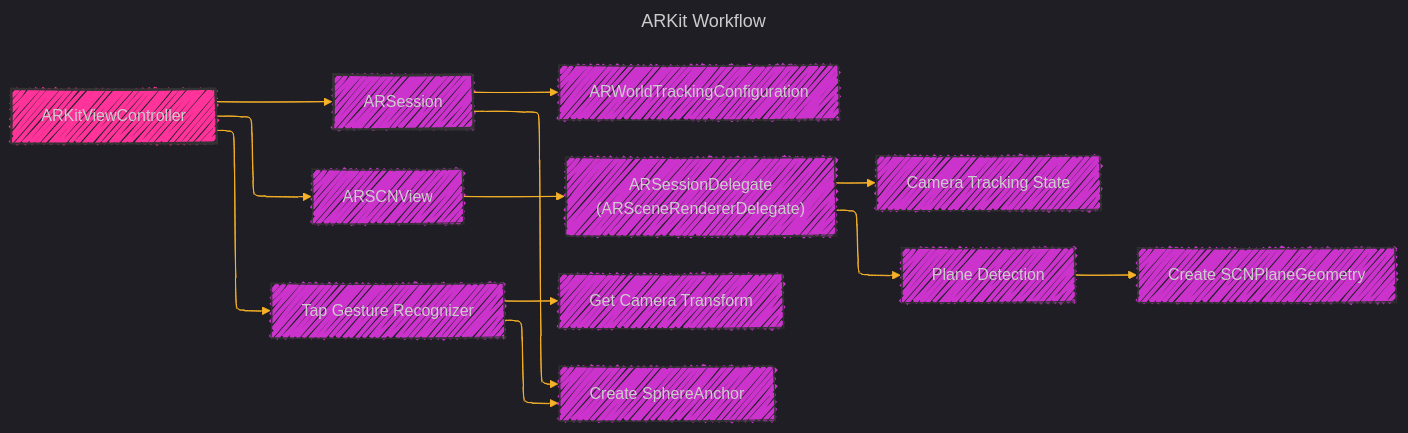
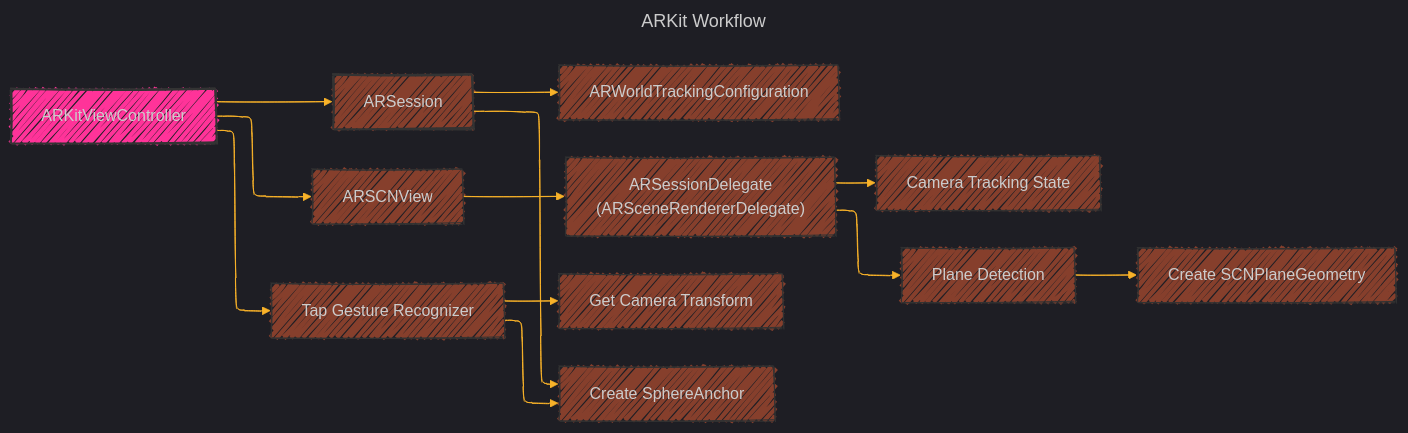
One commit to CongLeSolutionX/Metal-Primitives changed the fifth of 8 diagrams in Documentation_Consolidated_Version_Draft_2.md. Above: the diagram before and after it, drawn with Mermaid. The commit also changed other lines of this file, not shown here.

````diff
--- a/Documentation_Consolidated_Version_Draft_2.md
+++ b/Documentation_Consolidated_Version_Draft_2.md
@@ -350,59 +350,59 @@
 ```mermaid
 ---
 title: ARKit Workflow
 config:
   layout: elk
   look: handDrawn
   theme: dark
 ---
 %%{
   init: {
     'fontFamily': 'verdana',
     'themeVariables': {
       'primaryColor': '#BB2528',
       'primaryTextColor': '#f529',
       'primaryBorderColor': '#7C0000',
       'lineColor': '#F8B229',
       'secondaryColor': '#006100',
       'tertiaryColor': '#fff'
     }
   }
 }%%
 graph LR
     A["ARKitViewController"] --> B["ARSession"]
     B --> C["ARWorldTrackingConfiguration"]
     A --> D["ARSCNView"]
     D --> E["ARSessionDelegate<br>(ARSceneRendererDelegate)"]
     E --> F["Camera Tracking State"]
     E --> G["Plane Detection"]
     G --> H["Create SCNPlaneGeometry"]
     A --> I["Tap Gesture Recognizer"]
     I --> J["Get Camera Transform"]
     I --> K["Create SphereAnchor"]
     B --> K
 
     style A fill:#f39f,stroke:#333,stroke-width:2px
-    style B fill:#c3cf,stroke:#333,stroke-width:2px
-    style C fill:#c3cf,stroke:#333,stroke-width:1px
-    style D fill:#c3cf,stroke:#333,stroke-width:1px
-    style E fill:#c3cf,stroke:#333,stroke-width:1px
-    style F fill:#c3cf,stroke:#333,stroke-width:1px
-    style G fill:#c3cf,stroke:#333,stroke-width:1px
-    style H fill:#c3cf,stroke:#333,stroke-width:1px
-    style I fill:#c3cf,stroke:#333,stroke-width:1px
-    style J fill:#c3cf,stroke:#333,stroke-width:1px
-    style K fill:#c3cf,stroke:#333,stroke-width:1px
+    style B fill:#c539,stroke:#333,stroke-width:2px
+    style C fill:#c539,stroke:#333,stroke-width:1px
+    style D fill:#c539,stroke:#333,stroke-width:1px
+    style E fill:#c539,stroke:#333,stroke-width:1px
+    style F fill:#c539,stroke:#333,stroke-width:1px
+    style G fill:#c539,stroke:#333,stroke-width:1px
+    style H fill:#c539,stroke:#333,stroke-width:1px
+    style I fill:#c539,stroke:#333,stroke-width:1px
+    style J fill:#c539,stroke:#333,stroke-width:1px
+    style K fill:#c539,stroke:#333,stroke-width:1px
 
     click A "https://developer.apple.com/documentation/arkit"
     click B "https://developer.apple.com/documentation/arkit/arsession"
     click C "https://developer.apple.com/documentation/arkit/arworldtrackingconfiguration"
     click D "https://developer.apple.com/documentation/scenekit/arscnview"
     click E "https://developer.apple.com/documentation/arkit/arscnviewdelegate"
     click F "https://developer.apple.com/documentation/arkit/arcamera"
     click G "https://developer.apple.com/documentation/arkit/arplanedetection"
     click H "https://developer.apple.com/documentation/scenekit/scngeometry"
     click I "https://developer.apple.com/documentation/uikit/uitapgesturerecognizer"
     click J "https://developer.apple.com/documentation/arkit/arframe/3242800-camera"
     click K "https://developer.apple.com/documentation/arkit/aranchor"
     
 ```
````
